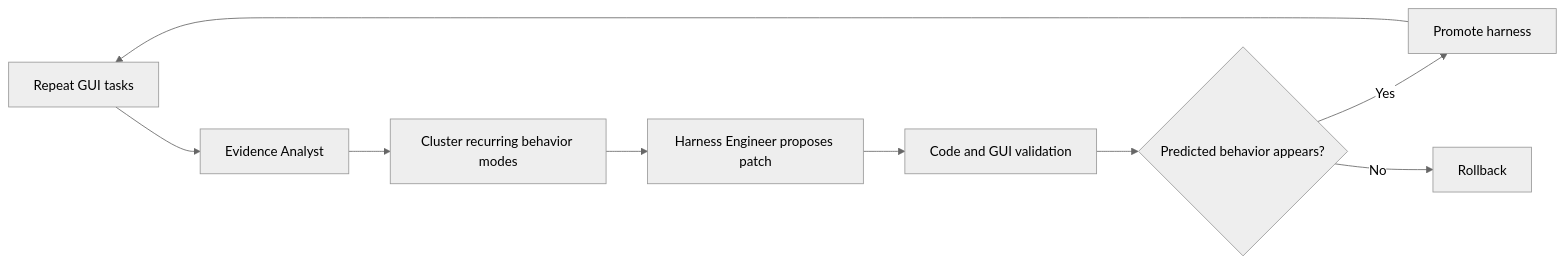
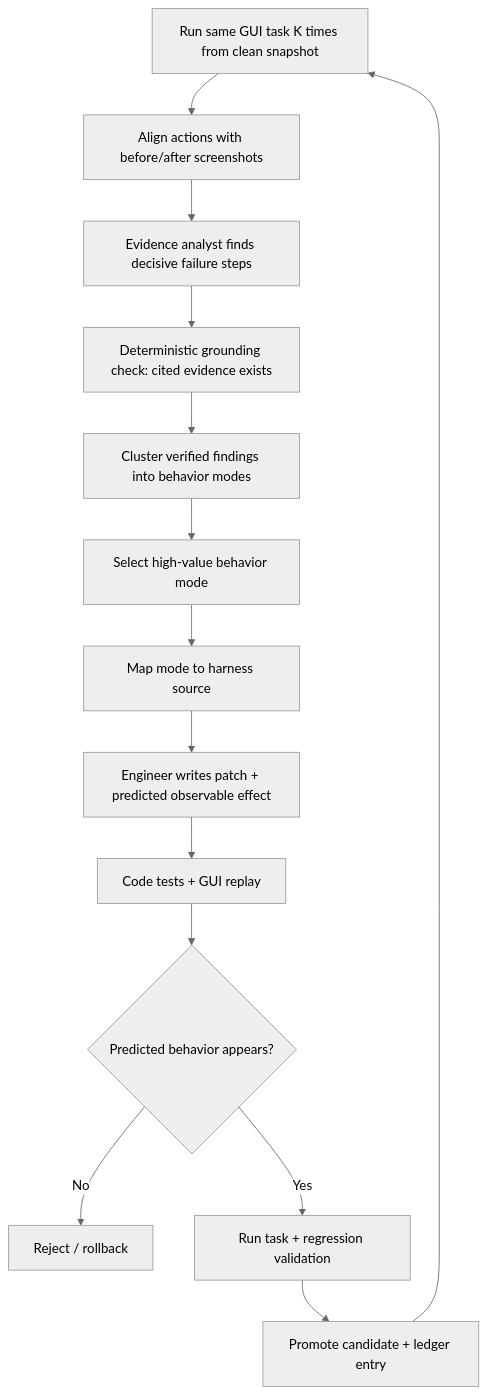
The diagram in _analyses/2610.00948.md (ShadowKingYT444/harness-papers-daily), drawn with Mermaid (neutral theme) before and after one commit. The commit also changed other lines of this file and 37 other files, not shown here.

````diff
--- a/_analyses/2610.00948.md
+++ b/_analyses/2610.00948.md
@@ -21,11 +57,16 @@
-```mermaid
-flowchart LR
-    A[Repeat GUI tasks] --> B[Evidence Analyst]
-    B --> C[Cluster recurring behavior modes]
-    C --> D[Harness Engineer proposes patch]
-    D --> E[Code and GUI validation]
-    E --> F{Predicted behavior appears?}
-    F -- Yes --> G[Promote harness]
-    F -- No --> H[Rollback]
-    G --> A
-```
+~~~mermaid
+flowchart TD
+    A["Run same GUI task K times from clean snapshot"] --> B["Align actions with before/after screenshots"]
+    B --> C["Evidence analyst finds decisive failure steps"]
+    C --> D["Deterministic grounding check: cited evidence exists"]
+    D --> E["Cluster verified findings into behavior modes"]
+    E --> F["Select high-value behavior mode"]
+    F --> G["Map mode to harness source"]
+    G --> H["Engineer writes patch + predicted observable effect"]
+    H --> I["Code tests + GUI replay"]
+    I --> J{"Predicted behavior appears?"}
+    J -- "No" --> K["Reject / rollback"]
+    J -- "Yes" --> L["Run task + regression validation"]
+    L --> M["Promote candidate + ledger entry"]
+    M --> A
+~~~
````
